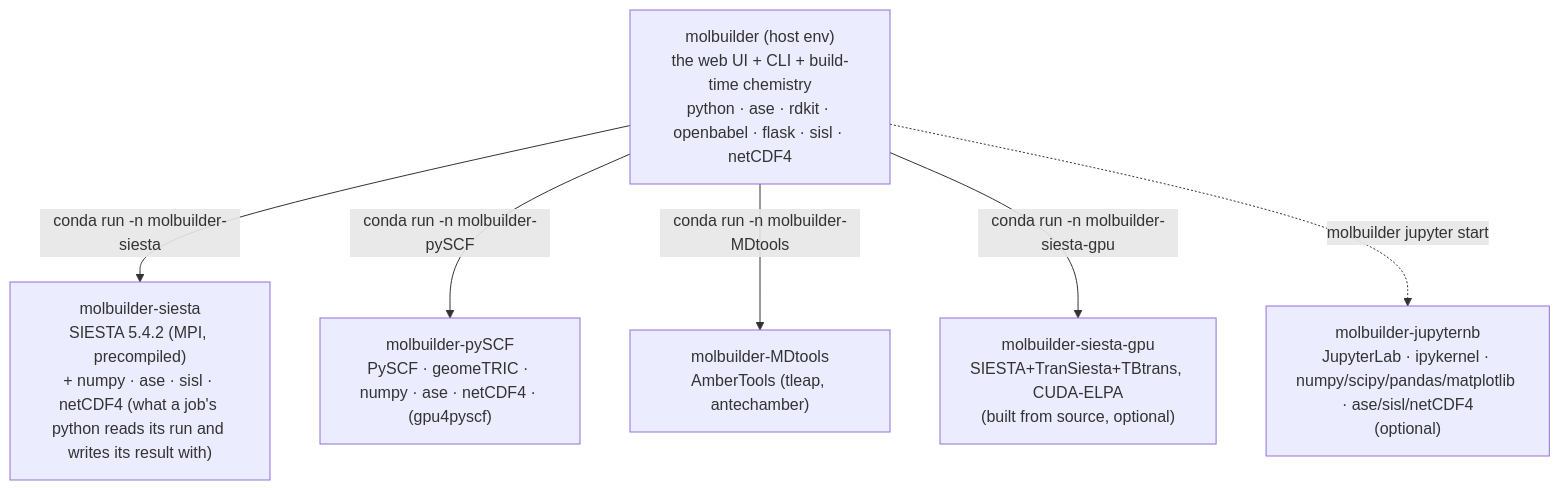
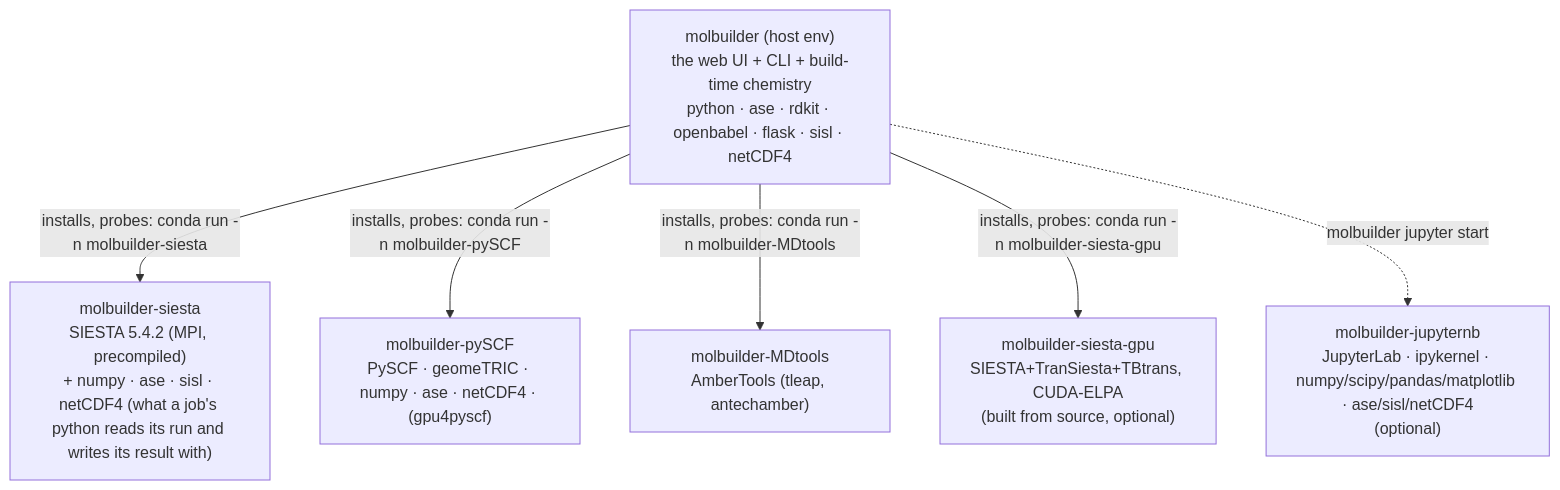
One commit to Qing-LAB/molbuilder changed the diagram in docs/ops/installation.md. Above: the diagram before and after it, drawn with Mermaid. The commit also changed other lines of this file and 53 other files, not shown here.

````diff
--- a/docs/ops/installation.md
+++ b/docs/ops/installation.md
@@ -25,9 +25,9 @@
 ```mermaid
 flowchart TD
   HOST["molbuilder (host env)<br/>the web UI + CLI + build-time chemistry<br/>python · ase · rdkit · openbabel · flask · sisl · netCDF4"]
-  HOST -->|"conda run -n molbuilder-siesta"| SI["molbuilder-siesta<br/>SIESTA 5.4.2 (MPI, precompiled)<br/>+ numpy · ase · sisl · netCDF4 (what a job's python reads its run and writes its result with)"]
-  HOST -->|"conda run -n molbuilder-pySCF"| PY["molbuilder-pySCF<br/>PySCF · geomeTRIC · numpy · ase · netCDF4 · (gpu4pyscf)"]
-  HOST -->|"conda run -n molbuilder-MDtools"| MD["molbuilder-MDtools<br/>AmberTools (tleap, antechamber)"]
-  HOST -->|"conda run -n molbuilder-siesta-gpu"| GPU["molbuilder-siesta-gpu<br/>SIESTA+TranSiesta+TBtrans, CUDA-ELPA<br/>(built from source, optional)"]
+  HOST -->|"installs, probes: conda run -n molbuilder-siesta"| SI["molbuilder-siesta<br/>SIESTA 5.4.2 (MPI, precompiled)<br/>+ numpy · ase · sisl · netCDF4 (what a job's python reads its run and writes its result with)"]
+  HOST -->|"installs, probes: conda run -n molbuilder-pySCF"| PY["molbuilder-pySCF<br/>PySCF · geomeTRIC · numpy · ase · netCDF4 · (gpu4pyscf)"]
+  HOST -->|"installs, probes: conda run -n molbuilder-MDtools"| MD["molbuilder-MDtools<br/>AmberTools (tleap, antechamber)"]
+  HOST -->|"installs, probes: conda run -n molbuilder-siesta-gpu"| GPU["molbuilder-siesta-gpu<br/>SIESTA+TranSiesta+TBtrans, CUDA-ELPA<br/>(built from source, optional)"]
   HOST -.->|"molbuilder jupyter start"| NB["molbuilder-jupyternb<br/>JupyterLab · ipykernel · numpy/scipy/pandas/matplotlib · ase/sisl/netCDF4<br/>(optional)"]
 ```
````
